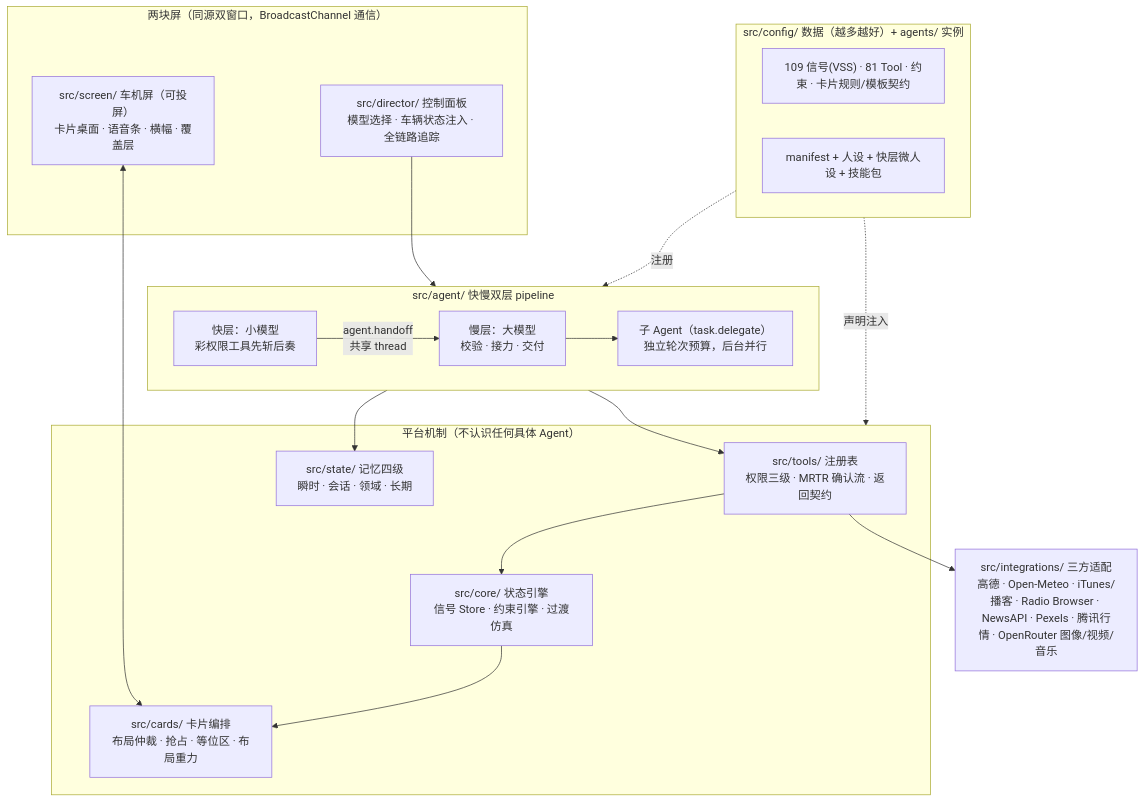
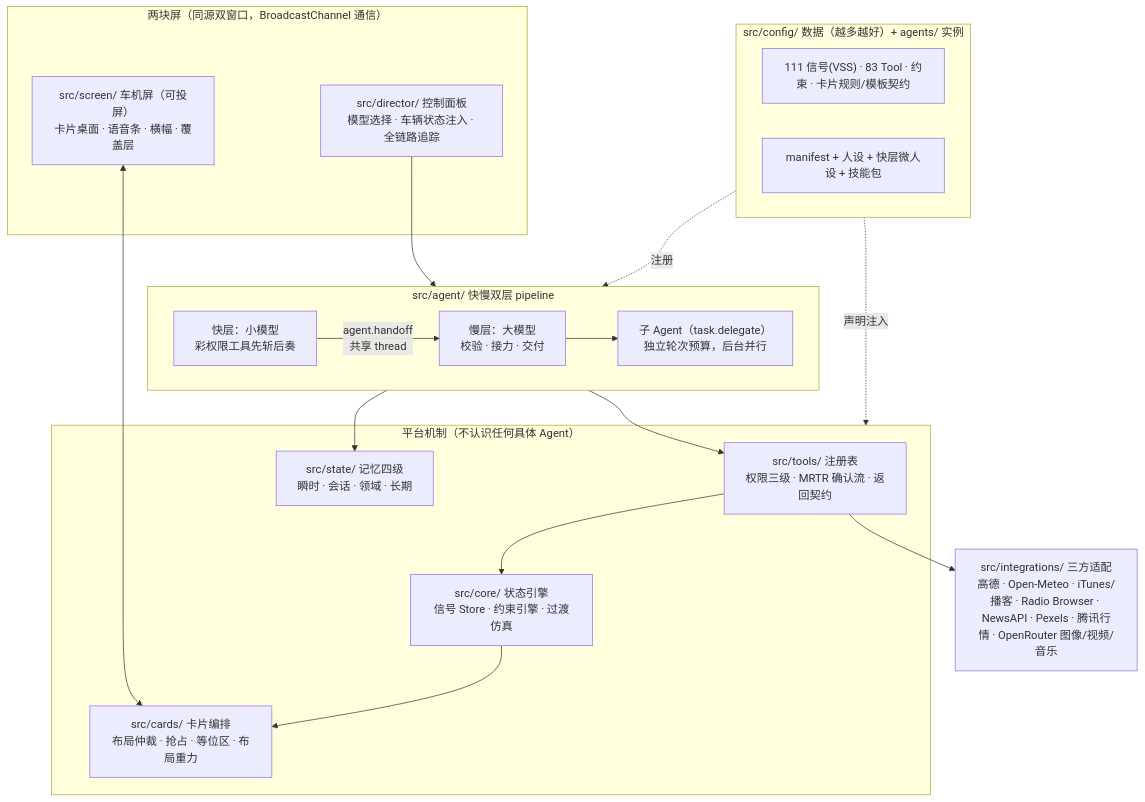
Before and after one commit to yancent-dao/cockpit-agent-sim: the diagram in README.md, drawn with Mermaid. The commit also changed other lines of this file and 8 other files, not shown here.

````diff
--- a/README.md
+++ b/README.md
@@ -46,33 +46,33 @@
 ```mermaid
 flowchart TB
     subgraph UI["两块屏（同源双窗口，BroadcastChannel 通信）"]
         director["src/director/ 控制面板<br/>模型选择 · 车辆状态注入 · 全链路追踪"]
         screen["src/screen/ 车机屏（可投屏）<br/>卡片桌面 · 语音条 · 横幅 · 覆盖层"]
     end
     subgraph AGENT["src/agent/ 快慢双层 pipeline"]
         fast["快层：小模型<br/>彩权限工具先斩后奏"]
         slow["慢层：大模型<br/>校验 · 接力 · 交付"]
         sub["子 Agent（task.delegate）<br/>独立轮次预算，后台并行"]
         fast -- "agent.handoff<br/>共享 thread" --> slow
         slow --> sub
     end
     subgraph PLATFORM["平台机制（不认识任何具体 Agent）"]
         tools["src/tools/ 注册表<br/>权限三级 · MRTR 确认流 · 返回契约"]
         core["src/core/ 状态引擎<br/>信号 Store · 约束引擎 · 过渡仿真"]
         cards["src/cards/ 卡片编排<br/>布局仲裁 · 抢占 · 等位区 · 布局重力"]
         state["src/state/ 记忆四级<br/>瞬时 · 会话 · 领域 · 长期"]
     end
     subgraph DATA["src/config/ 数据（越多越好）+ agents/ 实例"]
-        config["109 信号(VSS) · 81 Tool · 约束 · 卡片规则/模板契约"]
+        config["111 信号(VSS) · 83 Tool · 约束 · 卡片规则/模板契约"]
         manifest["manifest + 人设 + 快层微人设 + 技能包"]
     end
     integrations["src/integrations/ 三方适配<br/>高德 · Open-Meteo · iTunes/播客 · Radio Browser · NewsAPI · Pexels · 腾讯行情 · OpenRouter 图像/视频/音乐"]
 
     director --> AGENT
     screen <--> cards
     AGENT --> tools --> core --> cards
     tools --> integrations
     AGENT --> state
     DATA -.声明注入.-> PLATFORM
     DATA -.注册.-> AGENT
 ```
````
